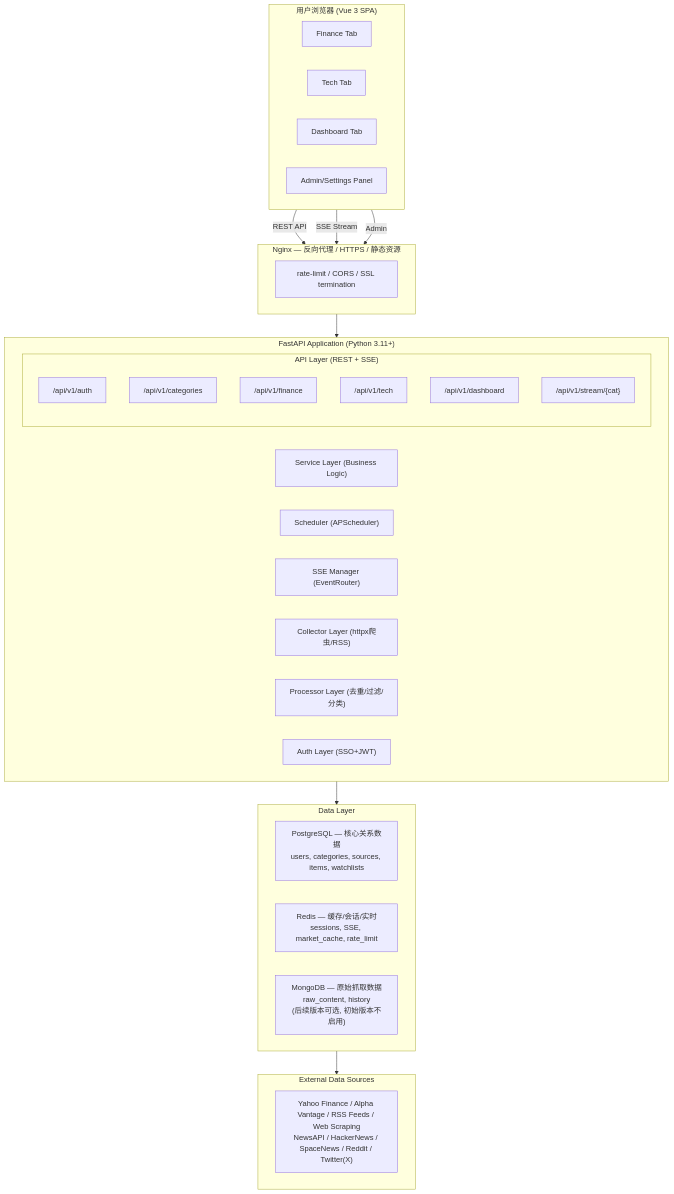
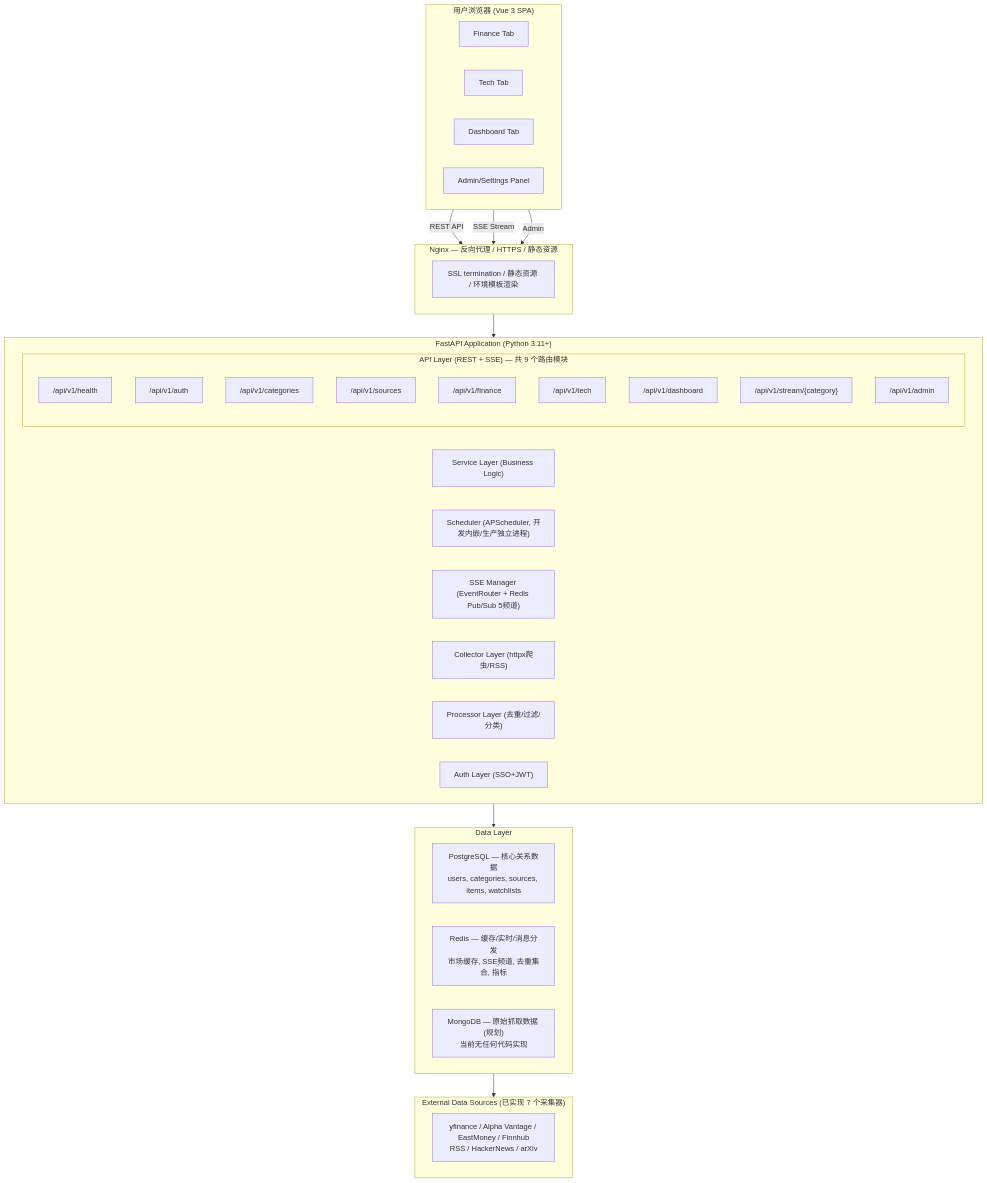
Before and after one commit to onceme/instantboard: the first of 3 diagrams in docs/design/architecture.md, drawn with Mermaid. The commit also changed other lines of this file and 14 other files, not shown here.

````diff
--- a/docs/design/architecture.md
+++ b/docs/design/architecture.md
@@ -23,47 +23,50 @@
 ```mermaid
 graph TD
     subgraph Browser["用户浏览器 (Vue 3 SPA)"]
         FinanceTab["Finance Tab"]
         TechTab["Tech Tab"]
         DashboardTab["Dashboard Tab"]
         AdminPanel["Admin/Settings Panel"]
     end
 
     subgraph NginxLayer["Nginx — 反向代理 / HTTPS / 静态资源"]
-        NginxFunc["rate-limit / CORS / SSL termination"]
+        NginxFunc["SSL termination / 静态资源 / 环境模板渲染"]
     end
 
     subgraph FastAPIApp["FastAPI Application (Python 3.11+)"]
-        subgraph APILayer["API Layer (REST + SSE)"]
+        subgraph APILayer["API Layer (REST + SSE) — 共 9 个路由模块"]
+            HealthAPI["/api/v1/health"]
             AuthAPI["/api/v1/auth"]
             CatAPI["/api/v1/categories"]
+            SrcAPI["/api/v1/sources"]
             FinAPI["/api/v1/finance"]
             TechAPI["/api/v1/tech"]
             DashAPI["/api/v1/dashboard"]
-            StreamAPI["/api/v1/stream/{cat}"]
+            StreamAPI["/api/v1/stream/{category}"]
+            AdminAPI["/api/v1/admin"]
         end
         ServiceLayer["Service Layer (Business Logic)"]
-        SchedulerComp["Scheduler (APScheduler)"]
-        SSEManager["SSE Manager (EventRouter)"]
+        SchedulerComp["Scheduler (APScheduler, 开发内嵌/生产独立进程)"]
+        SSEManager["SSE Manager (EventRouter + Redis Pub/Sub 5频道)"]
         CollectorLayer["Collector Layer (httpx爬虫/RSS)"]
         ProcessorLayer["Processor Layer (去重/过滤/分类)"]
         AuthLayer["Auth Layer (SSO+JWT)"]
     end
 
     subgraph DataLayer["Data Layer"]
         PostgreSQL["PostgreSQL — 核心关系数据<br>users, categories, sources, items, watchlists"]
-        Redis["Redis — 缓存/会话/实时<br>sessions, SSE, market_cache, rate_limit"]
-        MongoDB["MongoDB — 原始抓取数据<br>raw_content, history<br>(后续版本可选, 初始版本不启用)"]
+        Redis["Redis — 缓存/实时/消息分发<br>市场缓存, SSE频道, 去重集合, 指标"]
+        MongoDB["MongoDB — 原始抓取数据 (规划)<br>当前无任何代码实现"]
     end
 
-    subgraph ExternalSources["External Data Sources"]
-        ExtData["Yahoo Finance / Alpha Vantage / RSS Feeds / Web Scraping<br>NewsAPI / HackerNews / SpaceNews / Reddit / Twitter(X)"]
+    subgraph ExternalSources["External Data Sources (已实现 7 个采集器)"]
+        ExtData["yfinance / Alpha Vantage / EastMoney / Finnhub<br>RSS / HackerNews / arXiv"]
     end
 
     Browser -->|"REST API"| NginxLayer
     Browser -->|"SSE Stream"| NginxLayer
     Browser -->|"Admin"| NginxLayer
     NginxLayer --> FastAPIApp
     FastAPIApp --> DataLayer
     DataLayer --> ExternalSources
 ```
````
